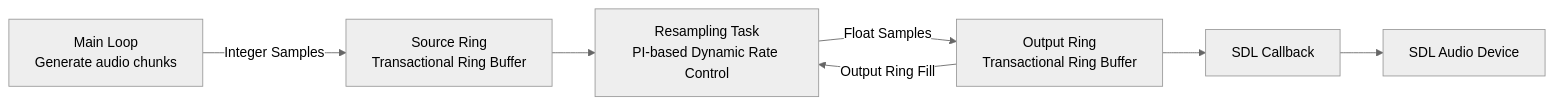
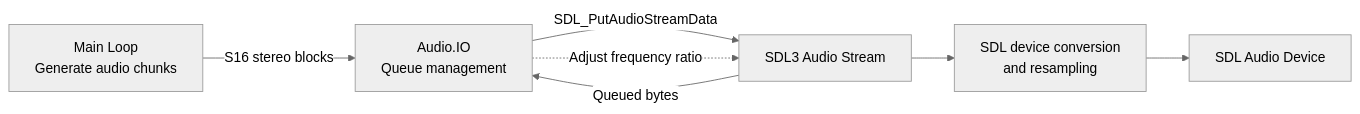
The diagram in README.md (ellamosi/gade-sdl), drawn with Mermaid (neutral theme) before and after one commit. The commit also changed other lines of this file and 2 other files, not shown here.

Commit message:
feat: add SDL3 stream drift control and update audio docs

````diff
--- a/README.md
+++ b/README.md
@@ -84,11 +91,11 @@
 ```mermaid
 flowchart LR
-    A[Main Loop<br/>Generate audio chunks] -->|Integer Samples| B
-    B[Source Ring<br/>Transactional Ring Buffer]
-    B --> C[Resampling Task<br/>PI-based Dynamic Rate Control]
-    C -->|Float Samples| D[Output Ring<br/>Transactional Ring Buffer]
-    D --> E[SDL Callback]
-    E --> F[SDL Audio Device]
+    A[Main Loop<br/>Generate audio chunks] -->|S16 stereo blocks| B
+    B[Audio.IO<br/>Queue management]
+    B -->|SDL_PutAudioStreamData| C[SDL3 Audio Stream]
+    C --> D[SDL device conversion<br/>and resampling]
+    D --> E[SDL Audio Device]
 
-    D -- Output Ring Fill --> C
+    C -- Queued bytes --> B
+    B -. Adjust frequency ratio .-> C
 ```
````
